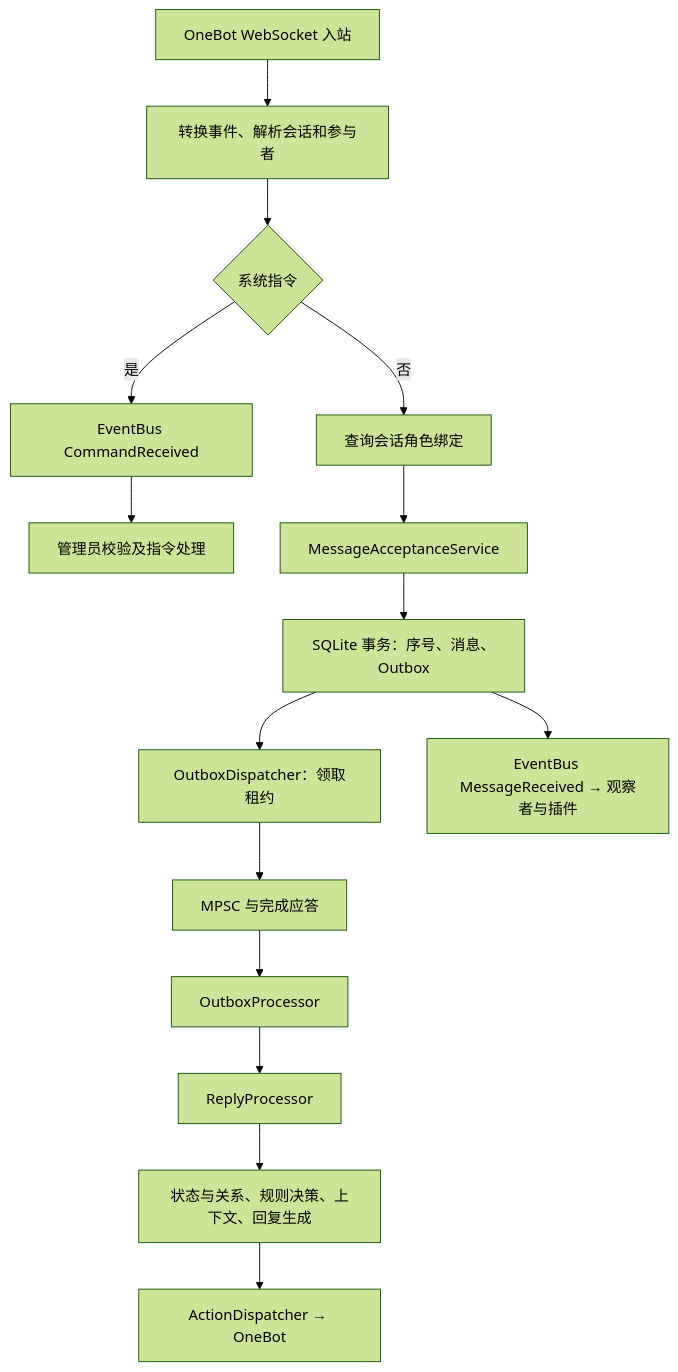
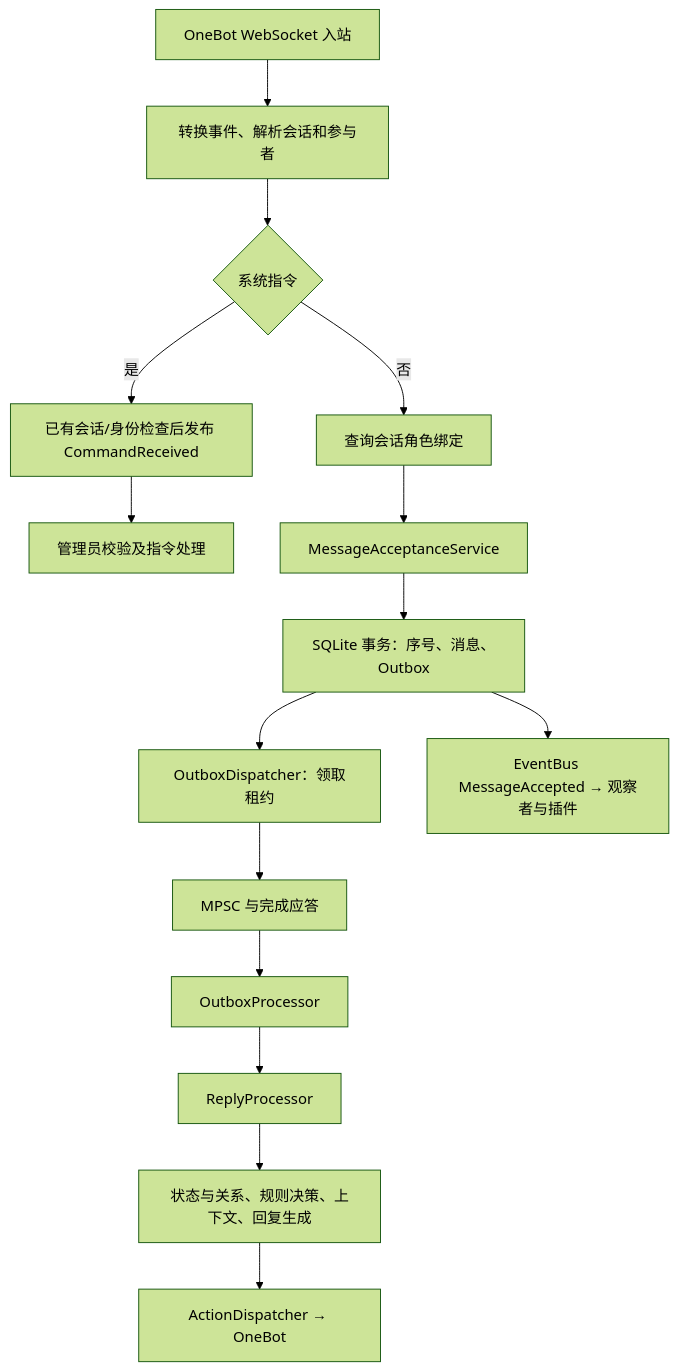
One commit to yomua-cat/yomua-bot changed the diagram in docs/architecture.md. Above: the diagram before and after it, drawn with Mermaid (forest theme). The commit also changed other lines of this file and 10 other files, not shown here.

````diff
--- a/docs/architecture.md
+++ b/docs/architecture.md
@@ -22,17 +22,17 @@
 ```mermaid
 flowchart TD
     A[OneBot WebSocket 入站] --> B[转换事件、解析会话和参与者]
     B --> C{系统指令}
-    C -->|是| D[EventBus CommandReceived]
+    C -->|是| D[已有会话/身份检查后发布 CommandReceived]
     D --> E[管理员校验及指令处理]
     C -->|否| F[查询会话角色绑定]
     F --> G[MessageAcceptanceService]
     G --> H[SQLite 事务：序号、消息、Outbox]
     H --> I[OutboxDispatcher：领取租约]
     I --> J[MPSC 与完成应答]
     J --> K[OutboxProcessor]
     K --> L[ReplyProcessor]
     L --> M[状态与关系、规则决策、上下文、回复生成]
     M --> N[ActionDispatcher → OneBot]
-    H --> O[EventBus MessageReceived → 观察者与插件]
+    H --> O[EventBus MessageAccepted → 观察者与插件]
 ```
````
